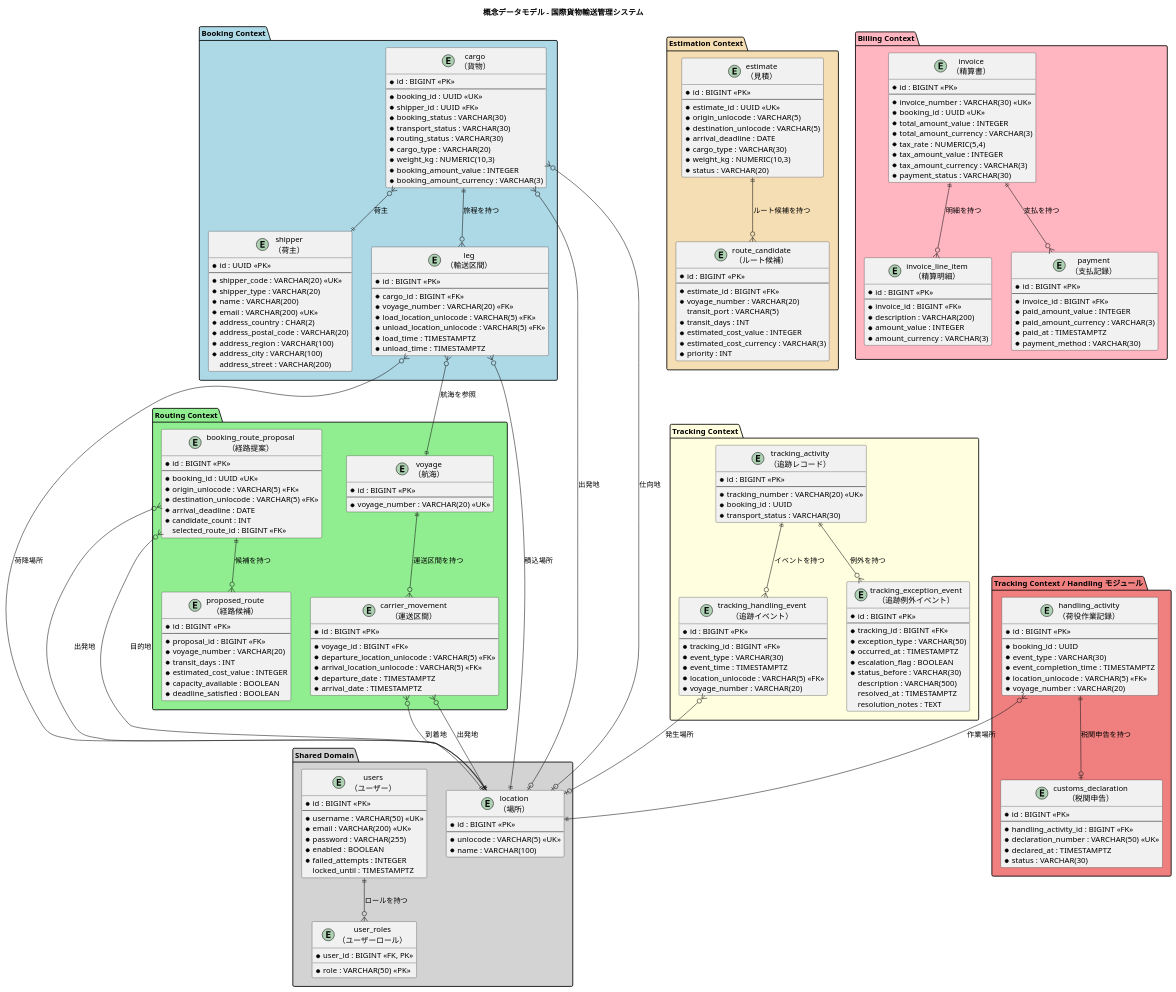
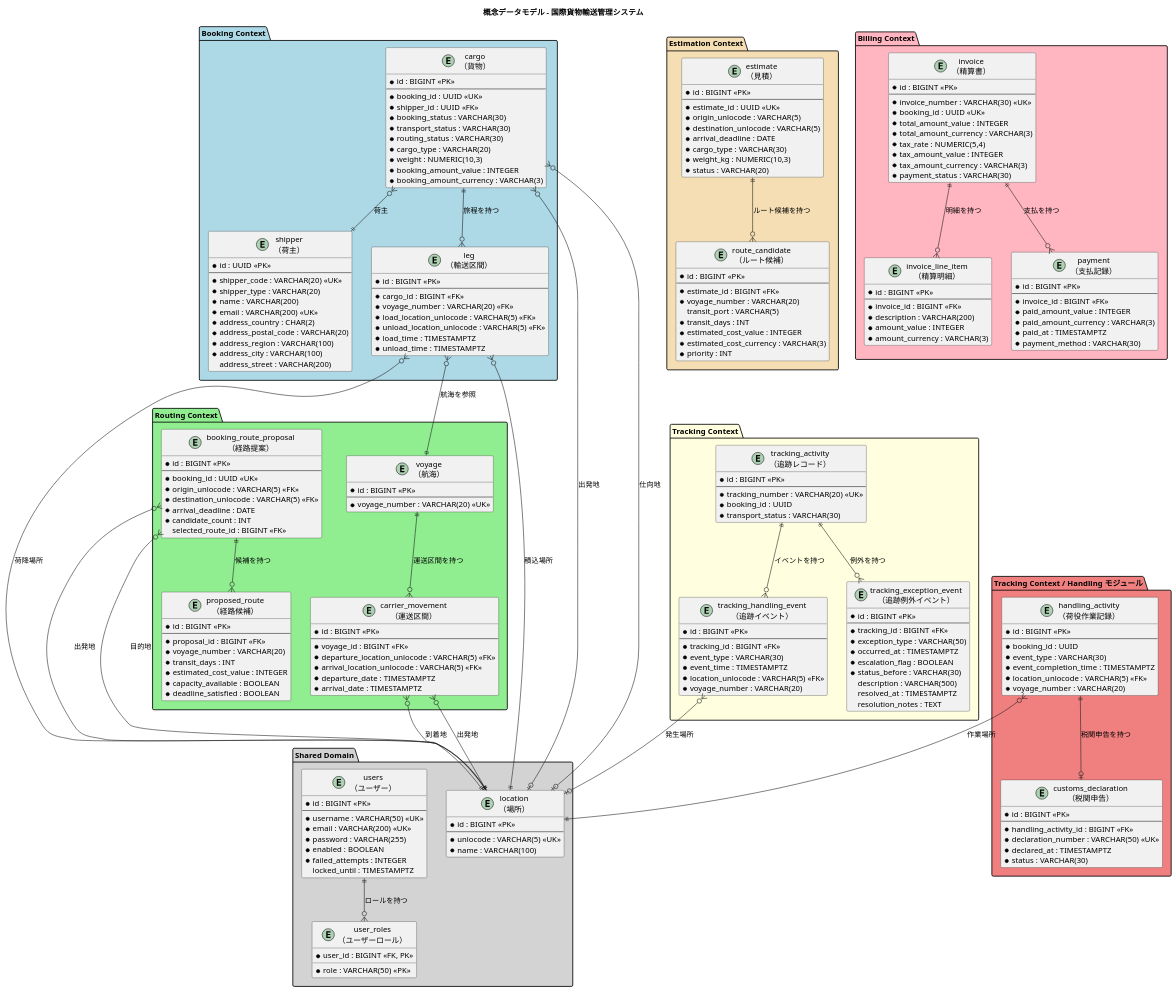
One commit to k2works/case-study-cargo-tracker changed the first of 9 diagrams in docs/design/data-model.md. Above: the diagram before and after it, drawn with PlantUML. The commit also changed other lines of this file and 2 other files, not shown here.

```diff
--- a/docs/design/data-model.md
+++ b/docs/design/data-model.md
@@ -94,7 +94,7 @@
     * transport_status : VARCHAR(30)
     * routing_status : VARCHAR(30)
     * cargo_type : VARCHAR(20)
-    * weight_kg : NUMERIC(10,3)
+    * weight : NUMERIC(10,3)
     * booking_amount_value : INTEGER
     * booking_amount_currency : VARCHAR(3)
   }
```
